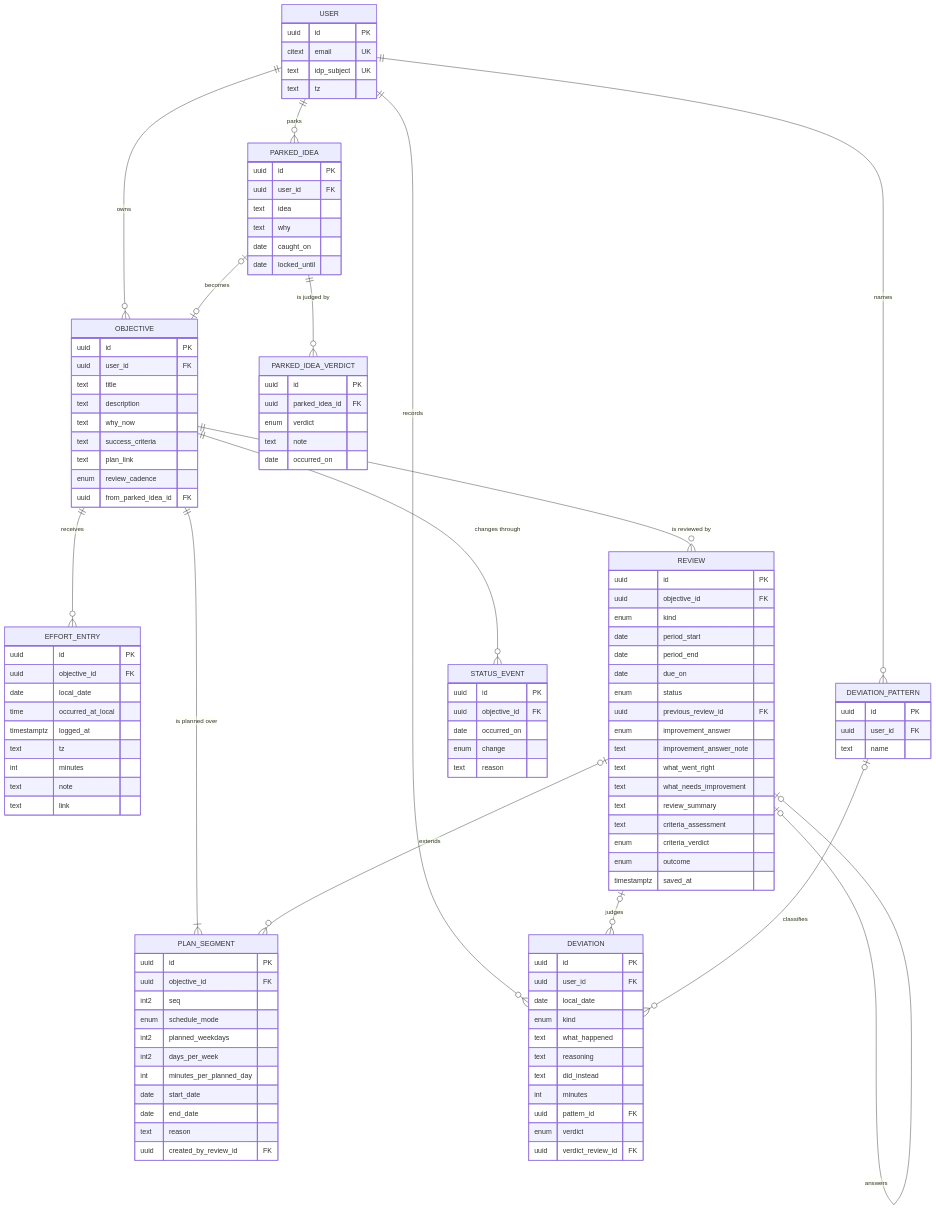
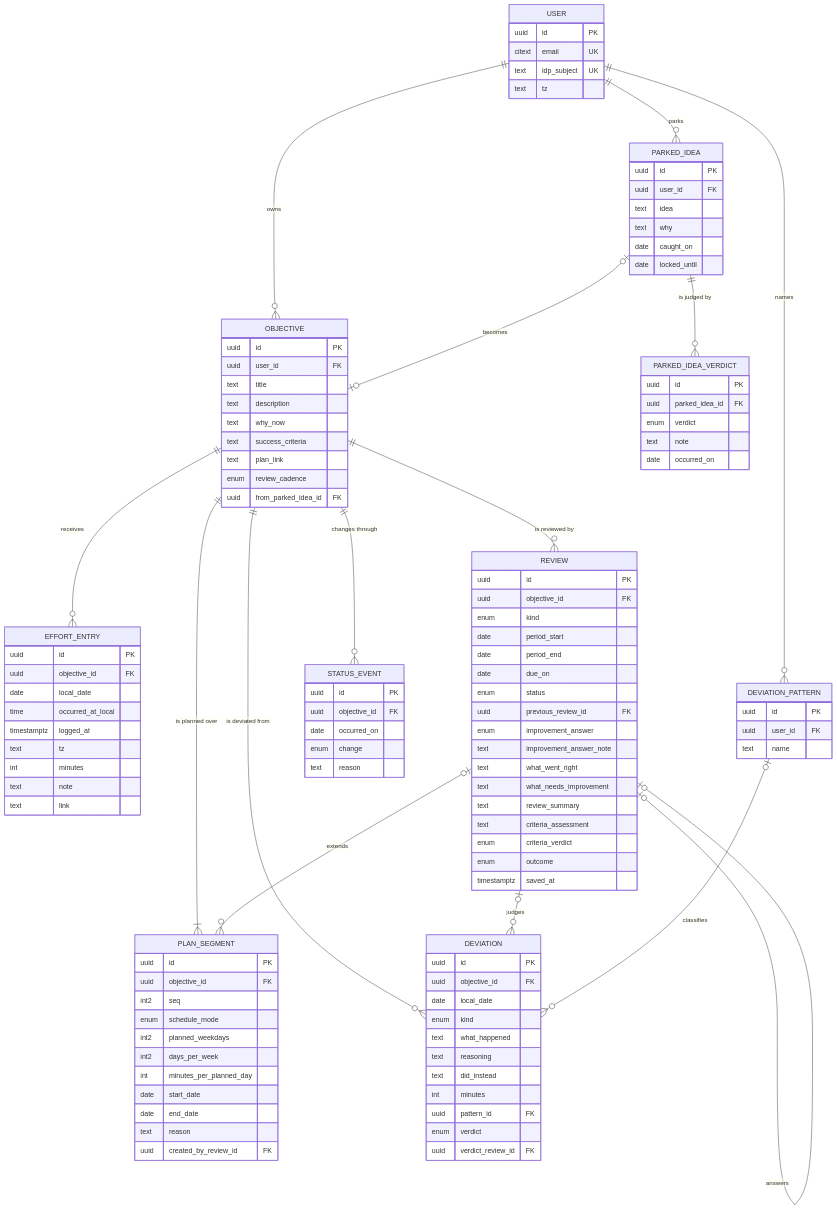
Before and after one commit to rohit12242/keel: the second of 2 diagrams in docs/erd.md, drawn with Mermaid. The commit also changed other lines of this file and 2 other files, not shown here.

First line of the commit message:
docs: log a deviation against the objective it pulled you off

```diff
--- a/docs/erd.md
+++ b/docs/erd.md
@@ -144,7 +148,7 @@
     }
     DEVIATION {
         uuid id PK
-        uuid user_id FK
+        uuid objective_id FK
         date local_date
         enum kind
         text what_happened
@@ -183,7 +187,7 @@
         text reason
     }
     USER ||--o{ OBJECTIVE : owns
-    USER ||--o{ DEVIATION : records
+    OBJECTIVE ||--o{ DEVIATION : "is deviated from"
     USER ||--o{ PARKED_IDEA : parks
     USER ||--o{ DEVIATION_PATTERN : names
     OBJECTIVE ||--|{ PLAN_SEGMENT : "is planned over"
```
